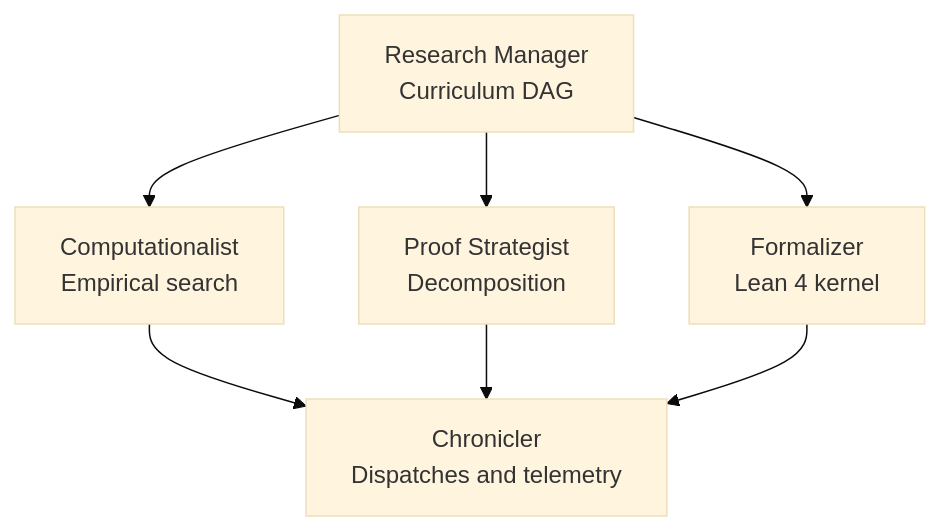
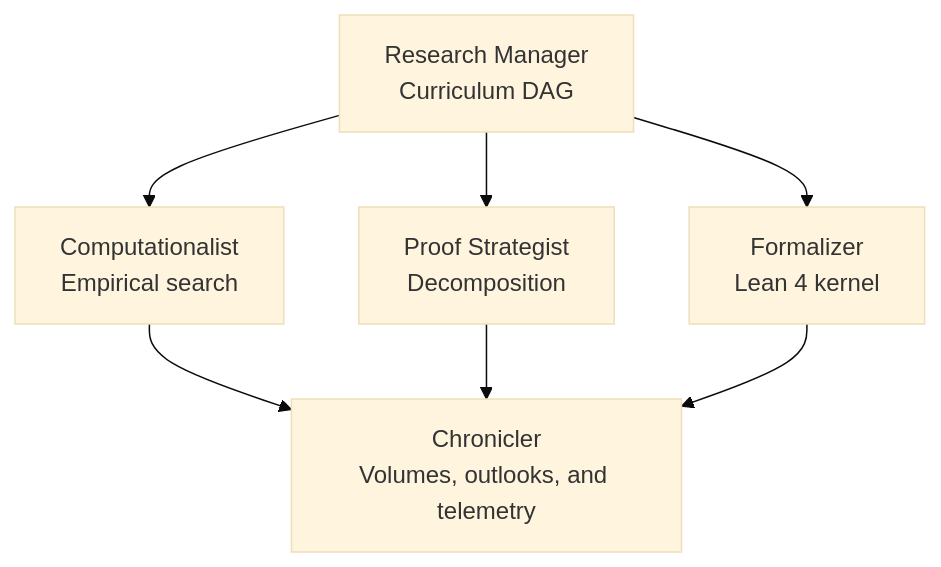
The first of 4 diagrams in README.md (itsalissonsilva/daily-palindrome), drawn with Mermaid (base theme) before and after one commit. The commit also changed other lines of this file and 19 other files, not shown here.

````diff
--- a/README.md
+++ b/README.md
@@ -13,15 +13,15 @@
 ```mermaid
 flowchart TB
     PM["Research Manager<br/>Curriculum DAG"]
     EXP["Computationalist<br/>Empirical search"]
     STRAT["Proof Strategist<br/>Decomposition"]
     FORM["Formalizer<br/>Lean 4 kernel"]
-    CHRON["Chronicler<br/>Dispatches and telemetry"]
+    CHRON["Chronicler<br/>Volumes, outlooks, and telemetry"]
 
     PM --> EXP
     PM --> STRAT
     PM --> FORM
     EXP --> CHRON
     STRAT --> CHRON
     FORM --> CHRON
 ```
````
